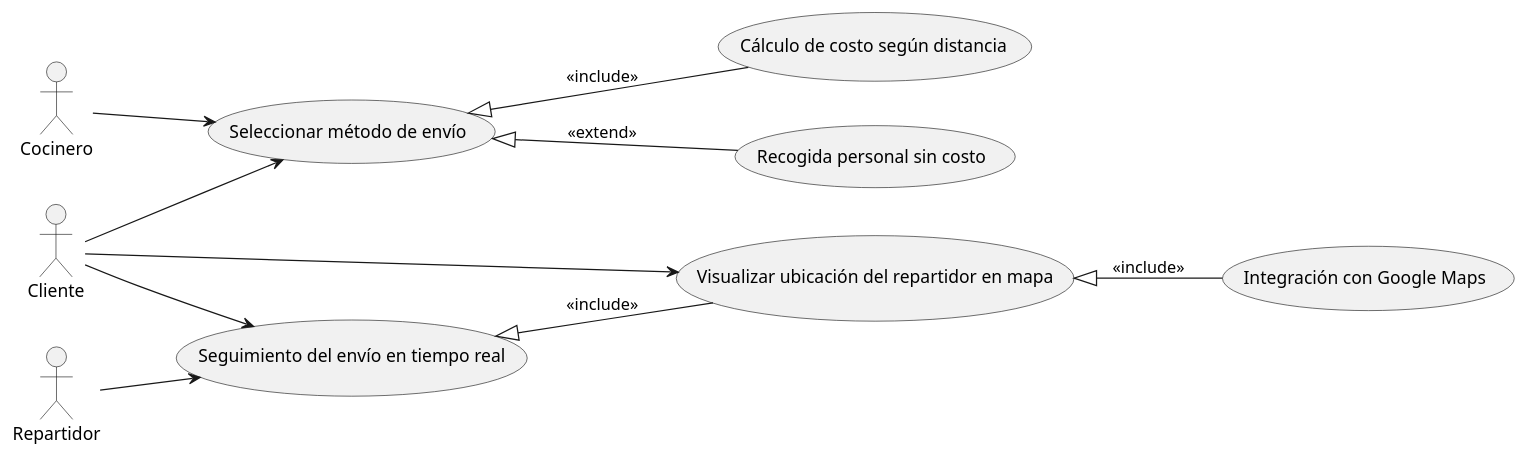
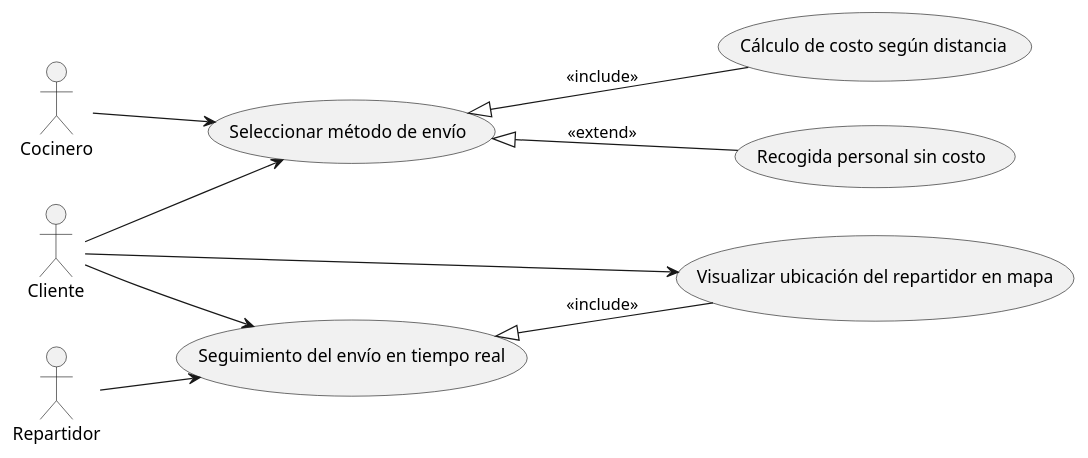
One commit to dabien3/ES25UAB-511-05 changed the diagram in documents/Diagrames Casos d'Us/Code Plantuml/code_bloq3.pUML. Above: the diagram before and after it, drawn with PlantUML.

```diff
--- a/documents/Diagrames Casos d'Us/Code Plantuml/code_bloq3.pUML
+++ b/documents/Diagrames Casos d'Us/Code Plantuml/code_bloq3.pUML
@@ -1,26 +1,24 @@
 @startuml
 left to right direction
 
 actor Cliente
 actor Cocinero
 actor Repartidor
 
 usecase "Seleccionar método de envío" as SeleccionarEnvio
 usecase "Cálculo de costo según distancia" as CalculoCosto
 usecase "Recogida personal sin costo" as RecogidaGratuita
 usecase "Seguimiento del envío en tiempo real" as SeguimientoEnvio
 usecase "Visualizar ubicación del repartidor en mapa" as UbicacionRepartidor
-usecase "Integración con Google Maps" as IntegracionMaps
 
 Cliente --> SeleccionarEnvio
 Cliente --> SeguimientoEnvio
 Cliente --> UbicacionRepartidor
 
 Cocinero --> SeleccionarEnvio
 Repartidor --> SeguimientoEnvio
 
 SeleccionarEnvio <|-- CalculoCosto : <<include>>
 SeleccionarEnvio <|-- RecogidaGratuita : <<extend>>
-UbicacionRepartidor <|-- IntegracionMaps : <<include>>
 SeguimientoEnvio <|-- UbicacionRepartidor : <<include>>
 @enduml
```
